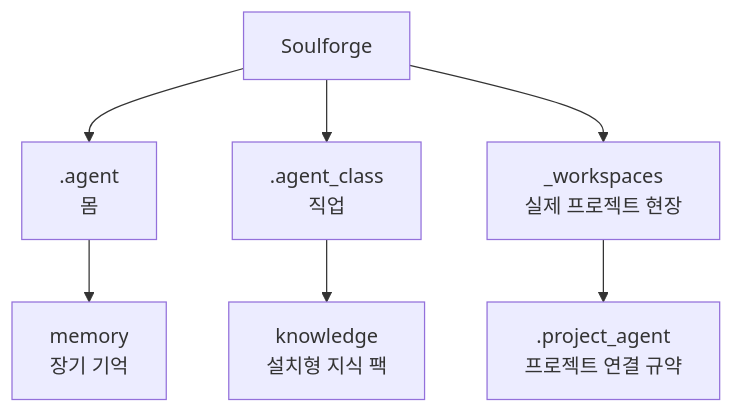
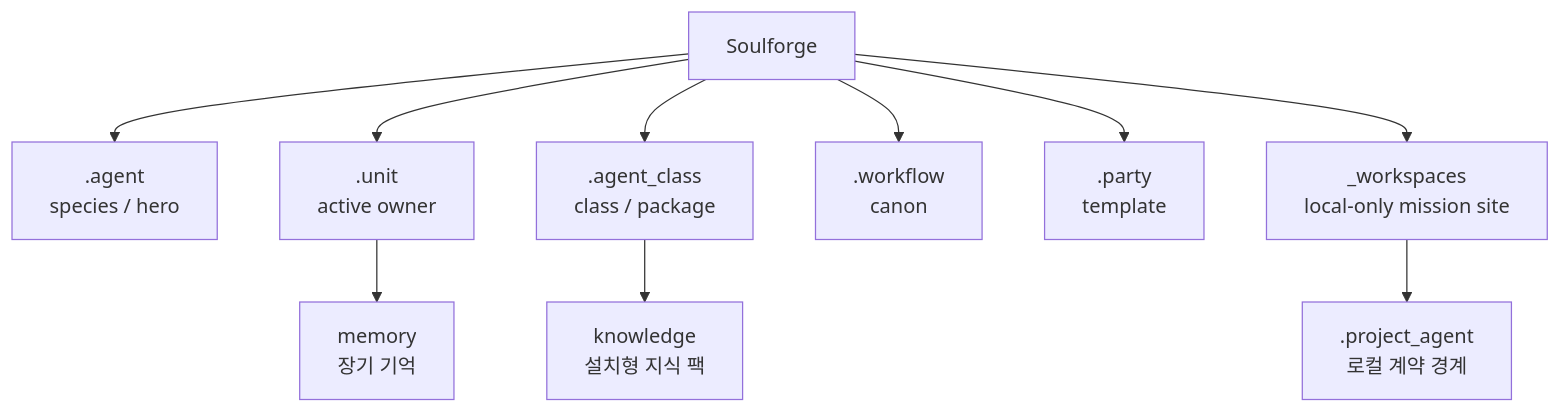
One commit to SungYongMOON/soulforge changed the diagram in AGENTS.md. Above: the diagram before and after it, drawn with Mermaid. The commit also changed other lines of this file and 39 other files, not shown here.

````diff
--- a/AGENTS.md
+++ b/AGENTS.md
@@ -17,9 +20,12 @@
 ```mermaid
 flowchart TD
-  S["Soulforge"] --> B[".agent<br/>몸"]
-  S --> C[".agent_class<br/>직업"]
-  S --> W["_workspaces<br/>실제 프로젝트 현장"]
-  B --> M["memory<br/>장기 기억"]
+  S["Soulforge"] --> A[".agent<br/>species / hero"]
+  S --> U[".unit<br/>active owner"]
+  S --> C[".agent_class<br/>class / package"]
+  S --> WF[".workflow<br/>canon"]
+  S --> P[".party<br/>template"]
+  S --> W["_workspaces<br/>local-only mission site"]
+  U --> M["memory<br/>장기 기억"]
   C --> K["knowledge<br/>설치형 지식 팩"]
-  W --> P[".project_agent<br/>프로젝트 연결 규약"]
+  W --> PA[".project_agent<br/>로컬 계약 경계"]
 ```
````
